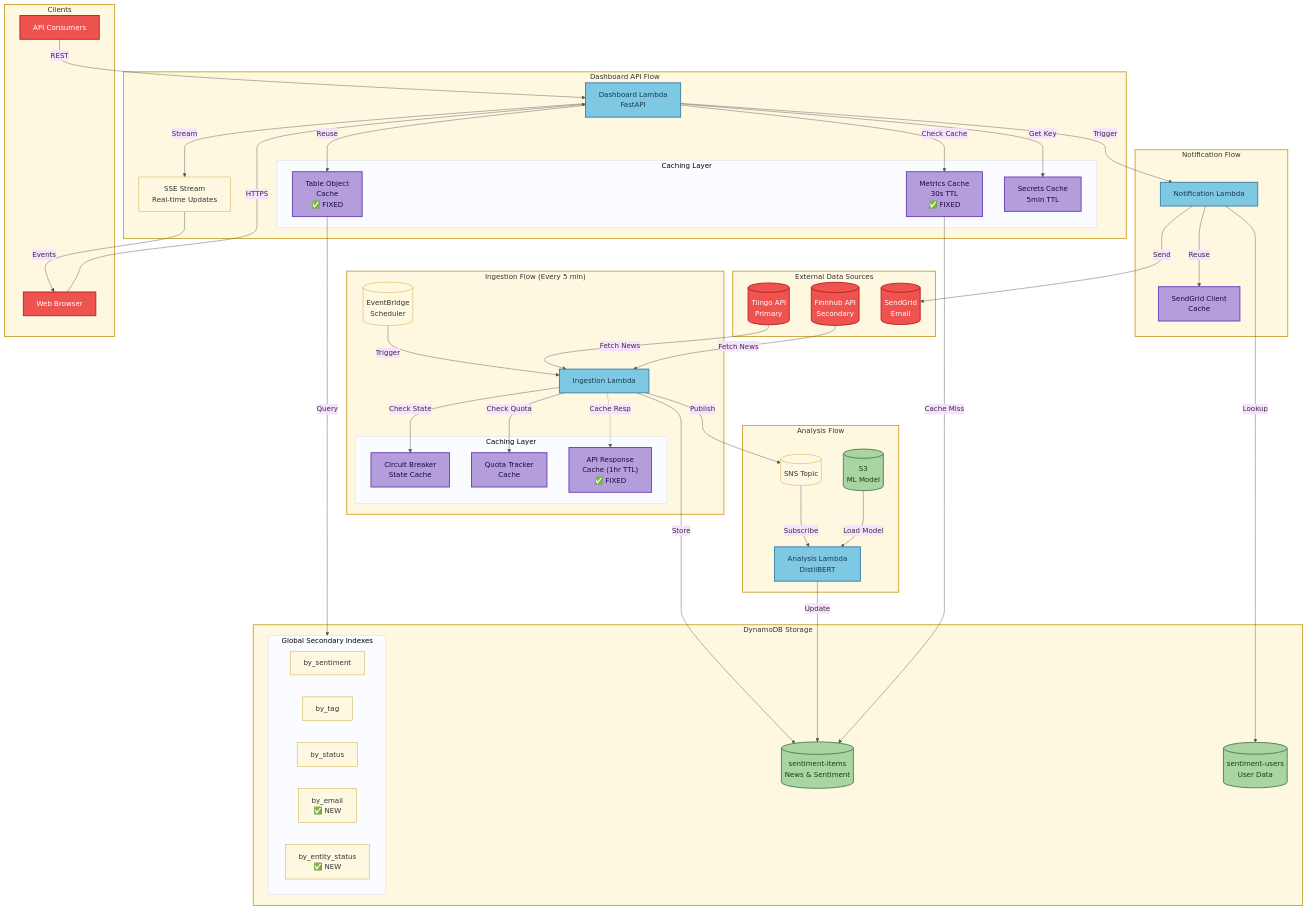
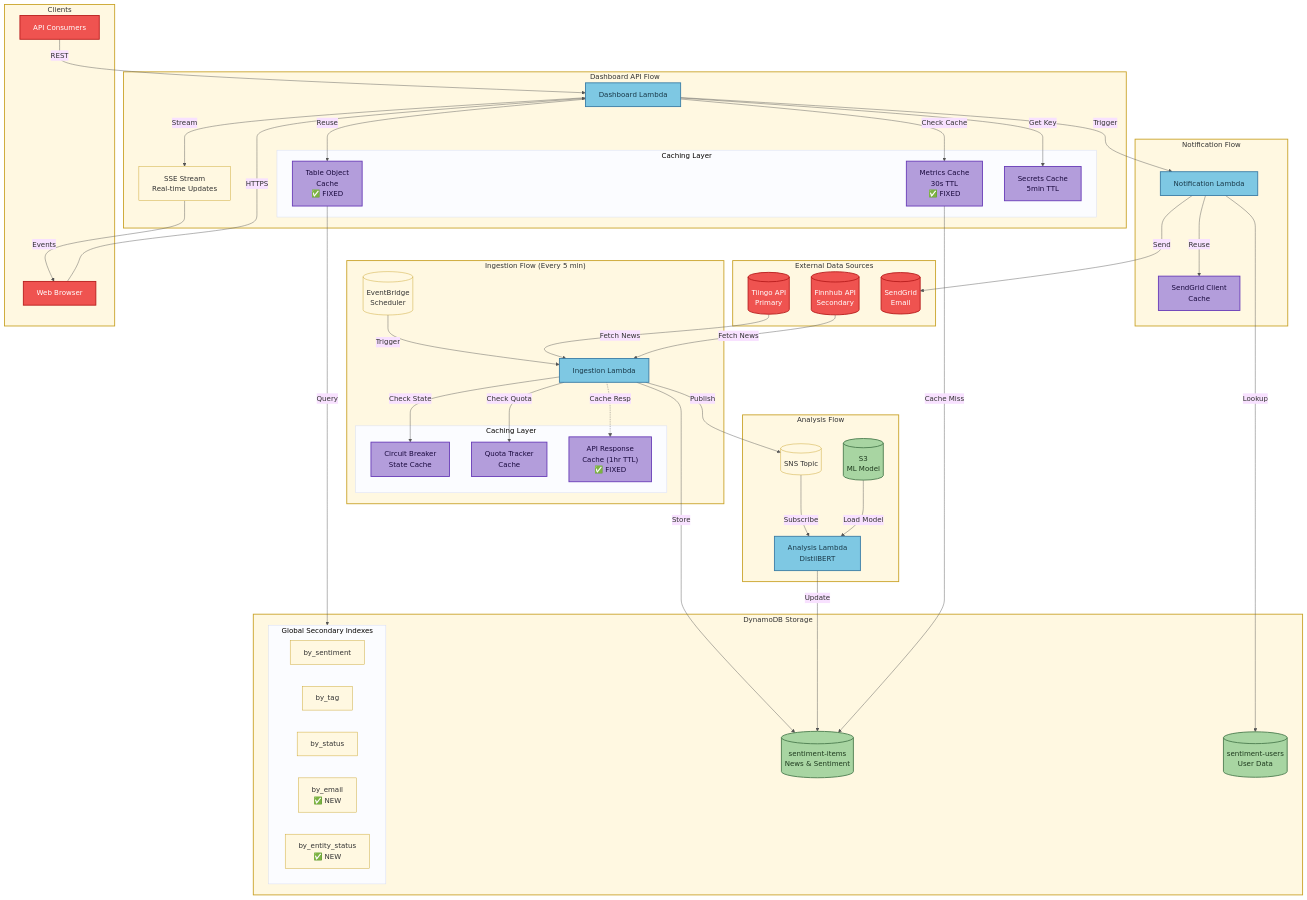
One commit to traylorre/sentiment-analyzer-gsk changed the first of 4 diagrams in docs/architecture/DATA_FLOW_AUDIT.md. Above: the diagram before and after it, drawn with Mermaid. The commit also changed 354 other files, not shown here.

```diff
--- a/docs/architecture/DATA_FLOW_AUDIT.md
+++ b/docs/architecture/DATA_FLOW_AUDIT.md
@@ -52,7 +52,7 @@
     end
 
     subgraph DashboardFlow["Dashboard API Flow"]
-        DASH["Dashboard Lambda<br/>FastAPI"]
+        DASH["Dashboard Lambda"]
 
         subgraph DashCache["Caching Layer"]
             MC["Metrics Cache<br/>30s TTL<br/>✅ FIXED"]
```
